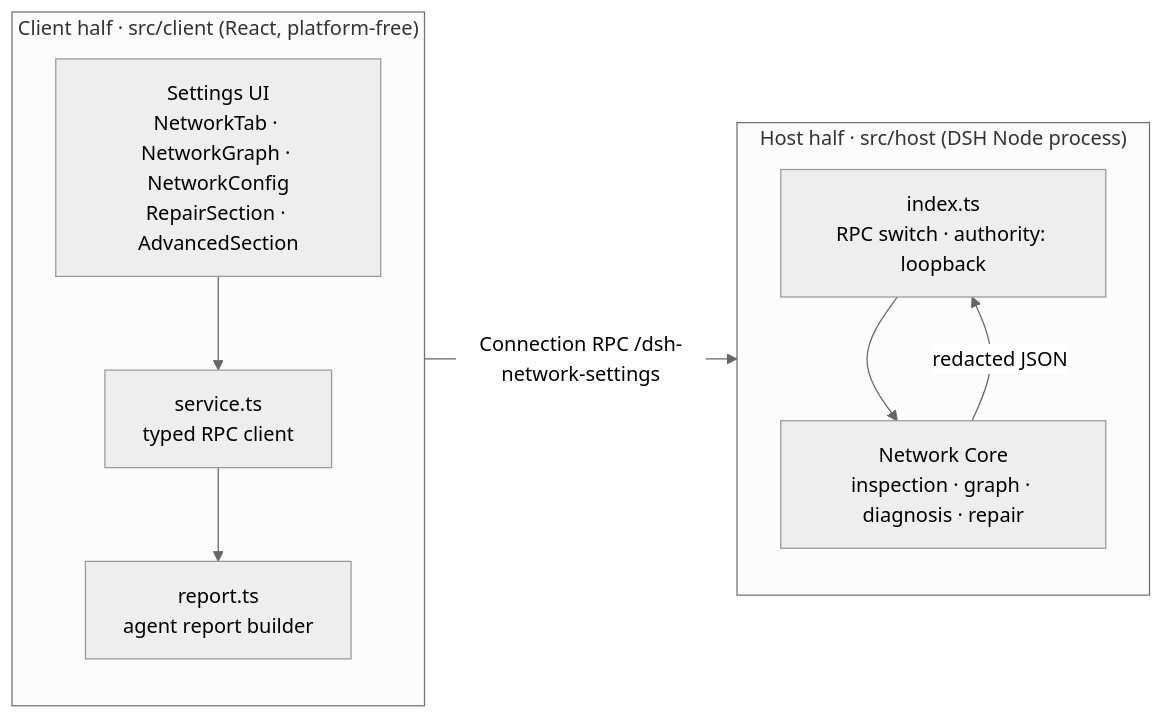
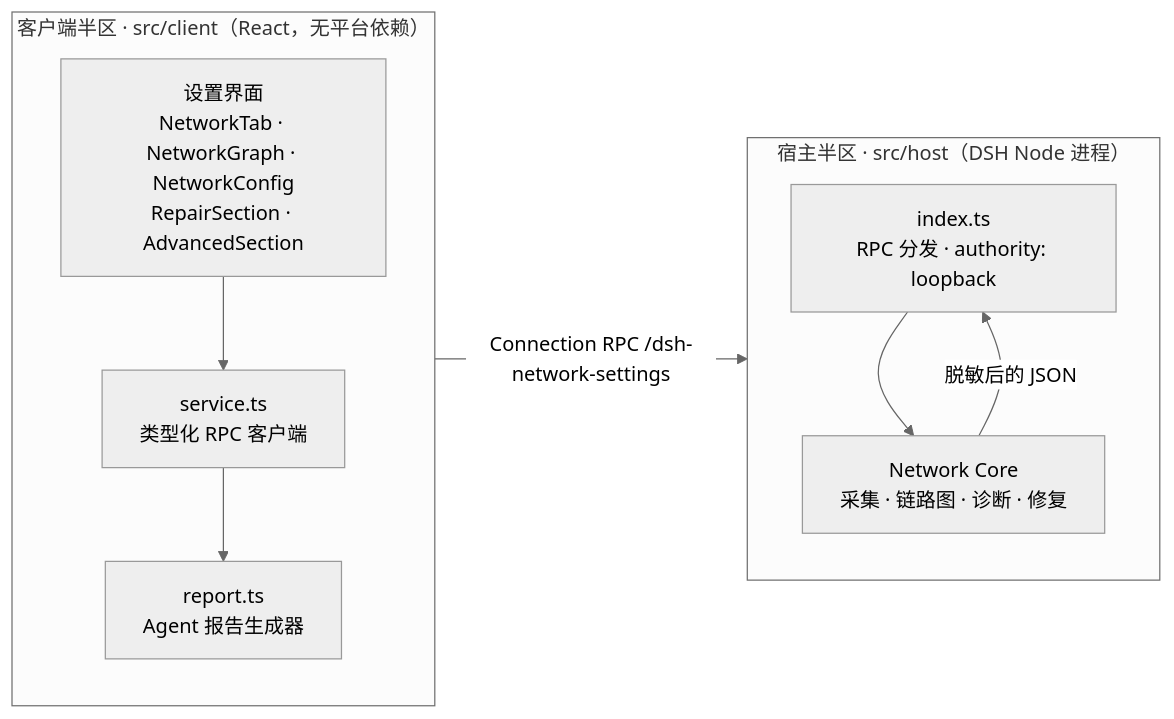
Before and after one commit to kanneiren/dsh-network-settings: the second of 7 diagrams in docs/architecture.md, drawn with Mermaid (neutral theme). The commit also changed other lines of this file and 3 other files, not shown here.

First line of the commit message:
docs: Chinese architecture doc as default, English moved to architecture.en.md

````diff
--- a/docs/architecture.md
+++ b/docs/architecture.md
@@ -32,19 +35,19 @@
 ```mermaid
 flowchart LR
-  subgraph CLIENT["Client half · src/client (React, platform-free)"]
+  subgraph CLIENT["客户端半区 · src/client（React，无平台依赖）"]
     direction TB
-    UI["Settings UI<br/>NetworkTab · NetworkGraph · NetworkConfig<br/>RepairSection · AdvancedSection"]
-    SVC["service.ts<br/>typed RPC client"]
-    REP["report.ts<br/>agent report builder"]
+    UI["设置界面<br/>NetworkTab · NetworkGraph · NetworkConfig<br/>RepairSection · AdvancedSection"]
+    SVC["service.ts<br/>类型化 RPC 客户端"]
+    REP["report.ts<br/>Agent 报告生成器"]
   end
-  subgraph HOST["Host half · src/host (DSH Node process)"]
+  subgraph HOST["宿主半区 · src/host（DSH Node 进程）"]
     direction TB
-    RPC["index.ts<br/>RPC switch · authority: loopback"]
-    CORE["Network Core<br/>inspection · graph · diagnosis · repair"]
+    RPC["index.ts<br/>RPC 分发 · authority: loopback"]
+    CORE["Network Core<br/>采集 · 链路图 · 诊断 · 修复"]
   end
   UI --> SVC
   SVC -- "Connection RPC /dsh-network-settings" --> RPC
   RPC --> CORE
-  CORE -- "redacted JSON" --> RPC
+  CORE -- "脱敏后的 JSON" --> RPC
   SVC --> REP
 ```
````
